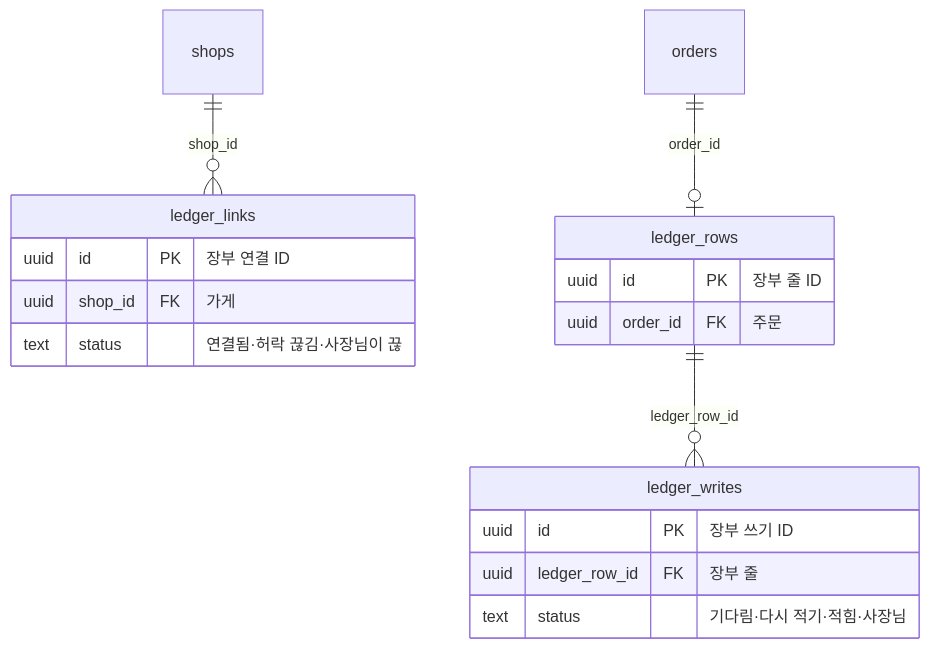
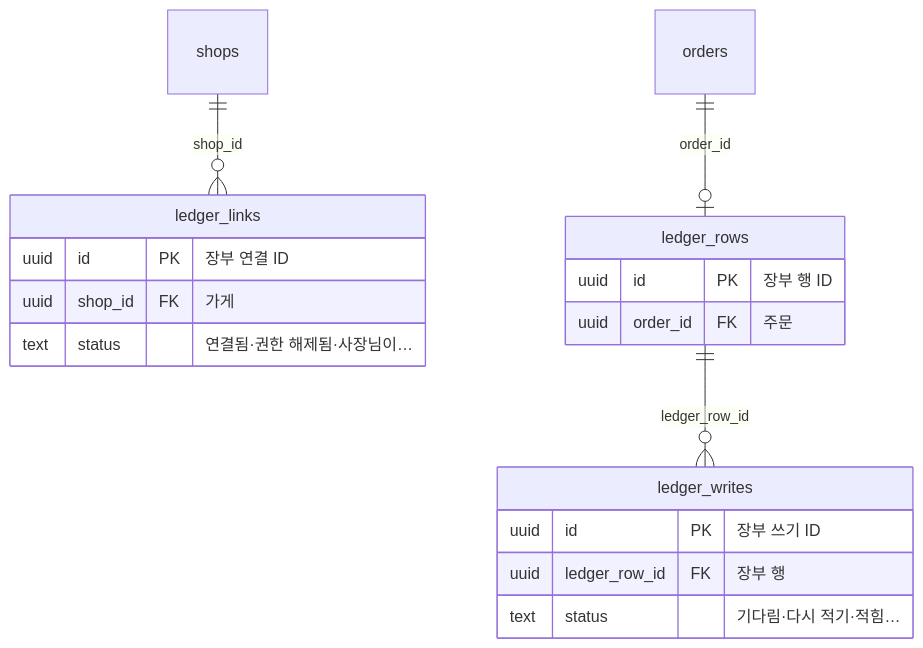
One commit to kodonghui/siljang.ai changed the tenth of 11 diagrams in docs/05-erd/README.md. Above: the diagram before and after it, drawn with Mermaid. The commit also changed other lines of this file and 55 other files, not shown here.

````diff
--- a/docs/05-erd/README.md
+++ b/docs/05-erd/README.md
@@ -588,20 +588,20 @@
 ```mermaid
 erDiagram
   ledger_links {
     uuid id PK "장부 연결 ID"
     uuid shop_id FK "가게"
-    text status "연결됨·허락 끊김·사장님이 끊"
+    text status "연결됨·권한 해제됨·사장님이…"
   }
   ledger_rows {
-    uuid id PK "장부 줄 ID"
+    uuid id PK "장부 행 ID"
     uuid order_id FK "주문"
   }
   ledger_writes {
     uuid id PK "장부 쓰기 ID"
-    uuid ledger_row_id FK "장부 줄"
-    text status "기다림·다시 적기·적힘·사장님"
+    uuid ledger_row_id FK "장부 행"
+    text status "기다림·다시 적기·적힘…"
   }
   shops ||--o{ ledger_links : "shop_id"
   orders ||--o| ledger_rows : "order_id"
   ledger_rows ||--o{ ledger_writes : "ledger_row_id"
 ```
````
